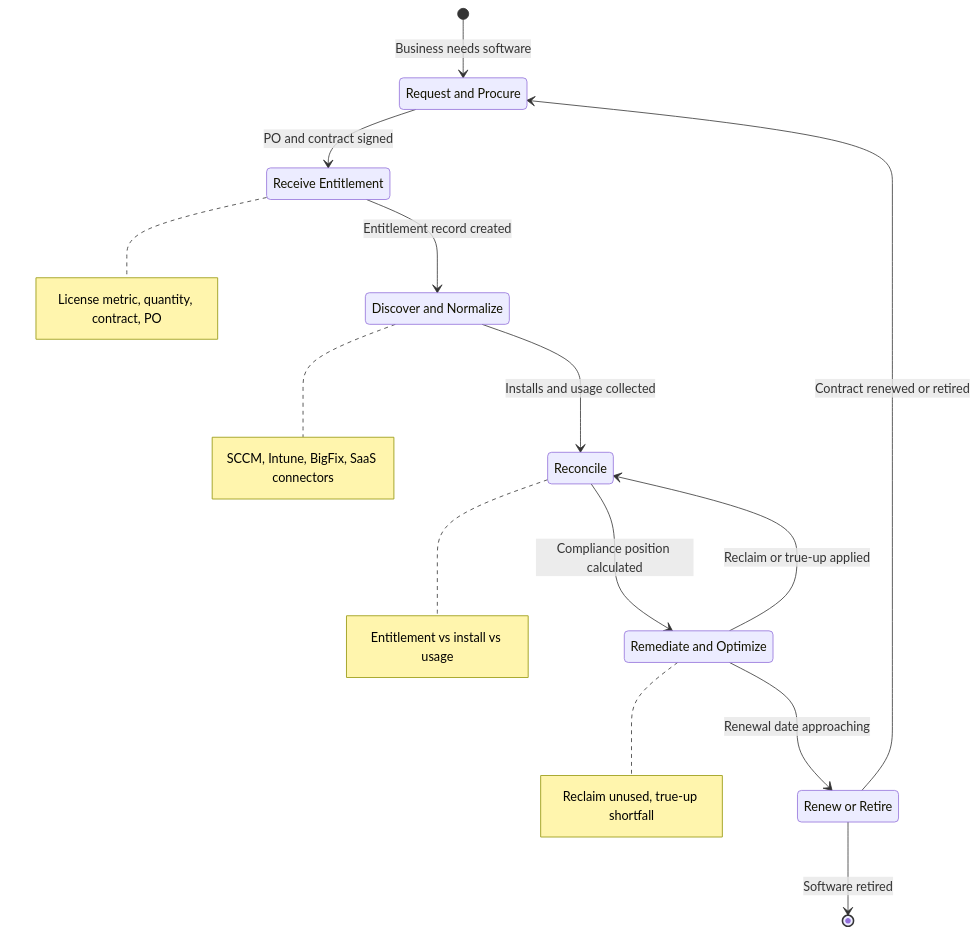
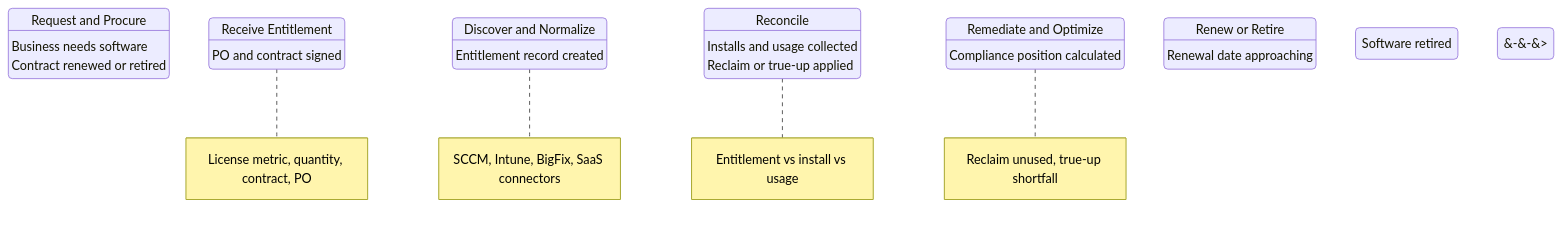
The first of 6 diagrams in docs/modules/sam/sam-guide.md (eltonaguiar/ServiceNow_Learning_TSOM-_CSM_FSM_SalesCRM_HAM_ITSM), drawn with Mermaid before and after one commit. The commit also changed other lines of this file and 17 other files, not shown here.

First line of the commit message:
Fix mermaid arrows: replace --> with &#45;&#45;&#62; in all mermaid blocks

````diff
--- a/docs/modules/sam/sam-guide.md
+++ b/docs/modules/sam/sam-guide.md
@@ -124,24 +124,24 @@
 ```mermaid
 stateDiagram-v2
     state "Request and Procure" as Procure
     state "Receive Entitlement" as Entitle
     state "Discover and Normalize" as Discover
     state "Reconcile" as Reconcile
     state "Remediate and Optimize" as Optimize
     state "Renew or Retire" as Renew
 
-    [*] --> Procure : Business needs software
-    Procure --> Entitle : PO and contract signed
-    Entitle --> Discover : Entitlement record created
-    Discover --> Reconcile : Installs and usage collected
-    Reconcile --> Optimize : Compliance position calculated
-    Optimize --> Reconcile : Reclaim or true-up applied
-    Optimize --> Renew : Renewal date approaching
-    Renew --> Procure : Contract renewed or retired
-    Renew --> [*] : Software retired
+    [*] &#45;&#45;&#62; Procure : Business needs software
+    Procure &#45;&#45;&#62; Entitle : PO and contract signed
+    Entitle &#45;&#45;&#62; Discover : Entitlement record created
+    Discover &#45;&#45;&#62; Reconcile : Installs and usage collected
+    Reconcile &#45;&#45;&#62; Optimize : Compliance position calculated
+    Optimize &#45;&#45;&#62; Reconcile : Reclaim or true-up applied
+    Optimize &#45;&#45;&#62; Renew : Renewal date approaching
+    Renew &#45;&#45;&#62; Procure : Contract renewed or retired
+    Renew &#45;&#45;&#62; [*] : Software retired
 
     note right of Entitle : License metric, quantity, contract, PO
     note right of Discover : SCCM, Intune, BigFix, SaaS connectors
     note right of Reconcile : Entitlement vs install vs usage
     note right of Optimize : Reclaim unused, true-up shortfall
 ```
````
